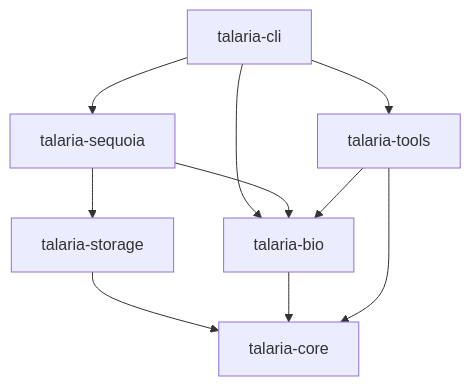
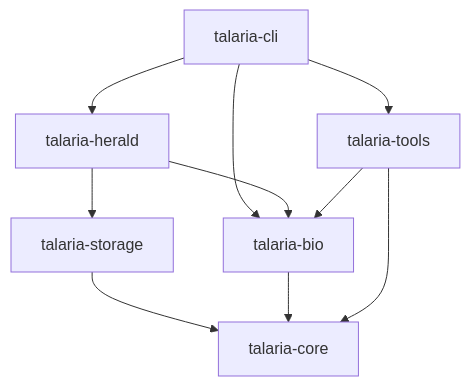
Before and after one commit to bfowle/talaria: the first of 3 diagrams in docs/src/development/architecture.md, drawn with Mermaid. The commit also changed other lines of this file and 405 other files, not shown here.

First line of the commit message:
refactor!: rename SEQUOIA architecture to HERALD

````diff
--- a/docs/src/development/architecture.md
+++ b/docs/src/development/architecture.md
@@ -28,12 +28,12 @@
 ```mermaid
 graph TD
-    CLI[talaria-cli] --> SEQUOIA[talaria-sequoia]
+    CLI[talaria-cli] --> HERALD[talaria-herald]
     CLI --> Tools[talaria-tools]
     CLI --> Bio[talaria-bio]
-    SEQUOIA --> Storage[talaria-storage]
-    SEQUOIA --> Bio
+    HERALD --> Storage[talaria-storage]
+    HERALD --> Bio
     Storage --> Core[talaria-core]
     Bio --> Core
     Tools --> Bio
     Tools --> Core
 ```
````
